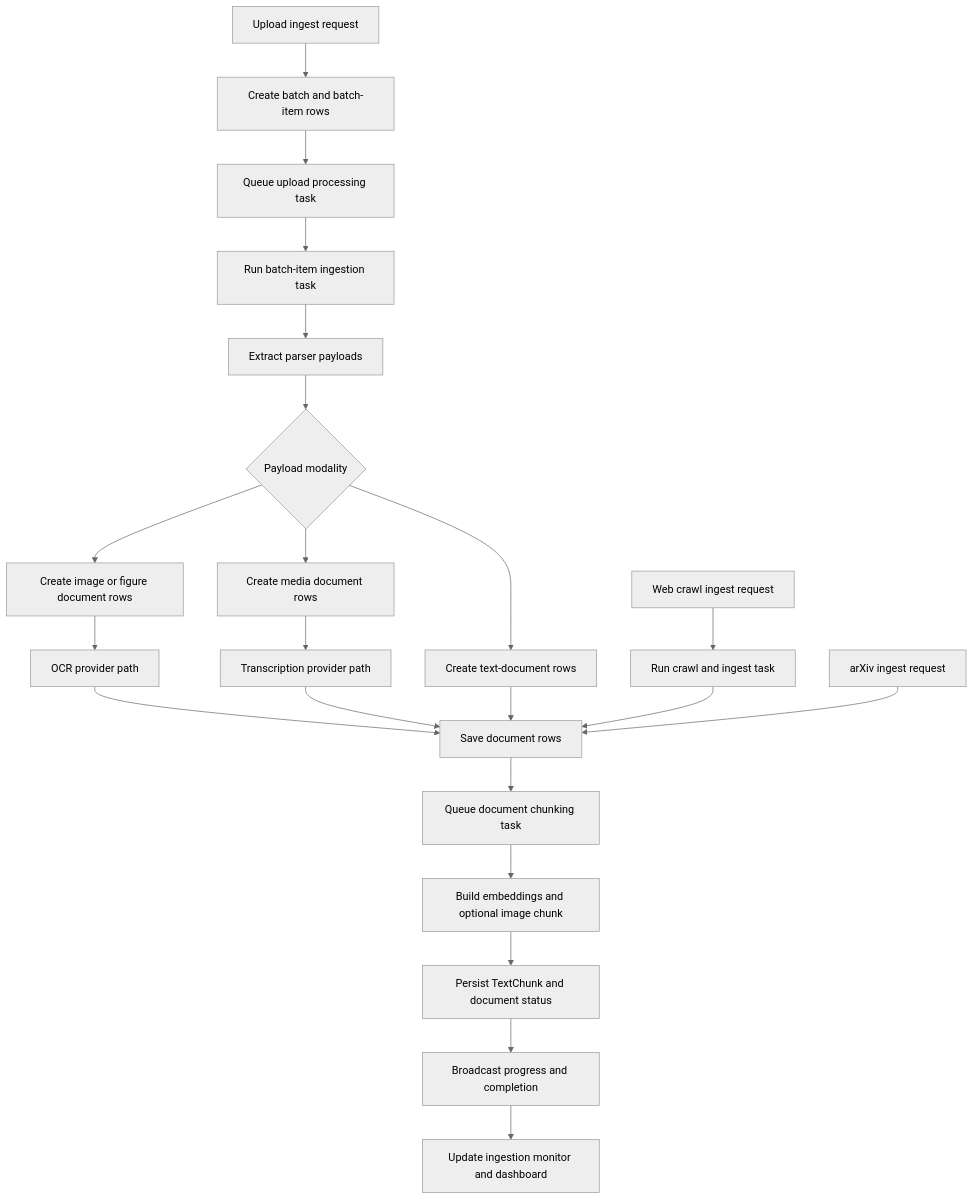
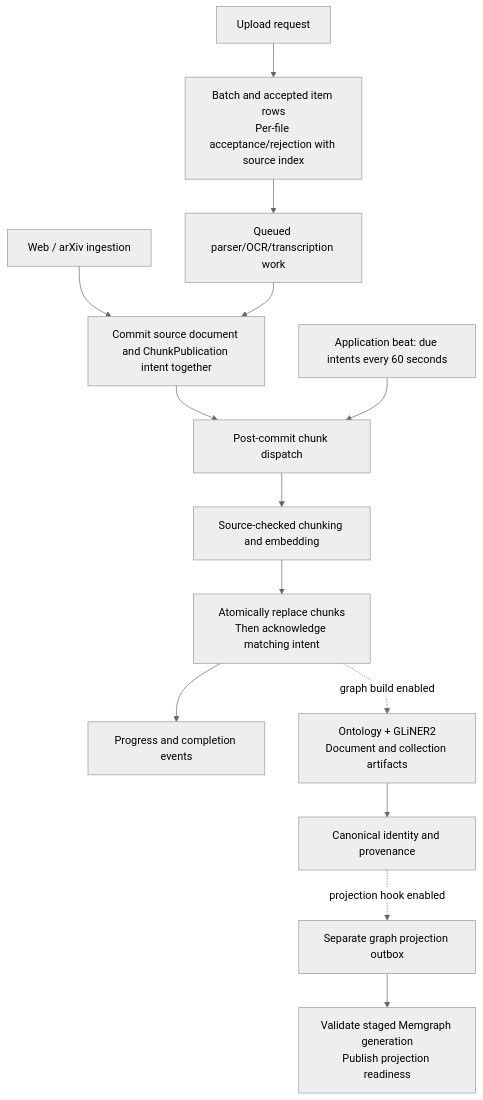
One commit to AquiLLM/AquiLLM changed the third of 3 diagrams in docs/documents/architecture/aquillm-current-architecture-mermaid.md. Above: the diagram before and after it, drawn with Mermaid (neutral theme). The commit also changed other lines of this file and 6 other files, not shown here.

Commit message:
docs: update retrieval path and runtime architecture

````diff
--- a/docs/documents/architecture/aquillm-current-architecture-mermaid.md
+++ b/docs/documents/architecture/aquillm-current-architecture-mermaid.md
@@ -92,29 +78,16 @@
 ```mermaid
 flowchart TD
-  Upload["Upload ingest request"] --> Batch["Create batch and batch-item rows"]
-  Batch --> Queue["Queue upload processing task"]
-  Queue --> IngestTask["Run batch-item ingestion task"]
-
-  IngestTask --> Parse["Extract parser payloads"]
-  Parse --> Kind{"Payload modality"}
-  Kind --> TextDoc["Create text-document rows"]
-  Kind --> ImageDoc["Create image or figure document rows"]
-  Kind --> MediaDoc["Create media document rows"]
-
-  ImageDoc --> OCR["OCR provider path"]
-  MediaDoc --> Transcribe["Transcription provider path"]
-  OCR --> SaveDocs
-  Transcribe --> SaveDocs
-  TextDoc --> SaveDocs["Save document rows"]
-
-  SaveDocs --> ChunkTask["Queue document chunking task"]
-  ChunkTask --> Embed["Build embeddings and optional image chunk"]
-  Embed --> Storage["Persist TextChunk and document status"]
-  Storage --> WS["Broadcast progress and completion"]
-  WS --> UI["Update ingestion monitor and dashboard"]
-
-  WebIngest["Web crawl ingest request"] --> CrawlTask["Run crawl and ingest task"]
-  CrawlTask --> SaveDocs
-
-  Arxiv["arXiv ingest request"] --> SaveDocs
+  Upload["Upload request"] --> Accepted["Batch and accepted item rows<br/>Per-file acceptance/rejection with source index"]
+  Accepted --> Ingest["Queued parser/OCR/transcription work"]
+  Other["Web / arXiv ingestion"] --> Source
+  Ingest --> Source["Commit source document and ChunkPublication intent together"]
+  Source --> Dispatch["Post-commit chunk dispatch"]
+  Recovery["Application beat: due intents every 60 seconds"] --> Dispatch
+  Dispatch --> Chunk["Source-checked chunking and embedding"]
+  Chunk --> Commit["Atomically replace chunks<br/>Then acknowledge matching intent"]
+  Commit --> UI["Progress and completion events"]
+  Commit -. "graph build enabled" .-> Graph["Ontology + GLiNER2<br/>Document and collection artifacts"]
+  Graph --> Canonical["Canonical identity and provenance"]
+  Canonical -. "projection hook enabled" .-> Outbox["Separate graph projection outbox"]
+  Outbox --> Ready["Validate staged Memgraph generation<br/>Publish projection readiness"]
 ```
````
